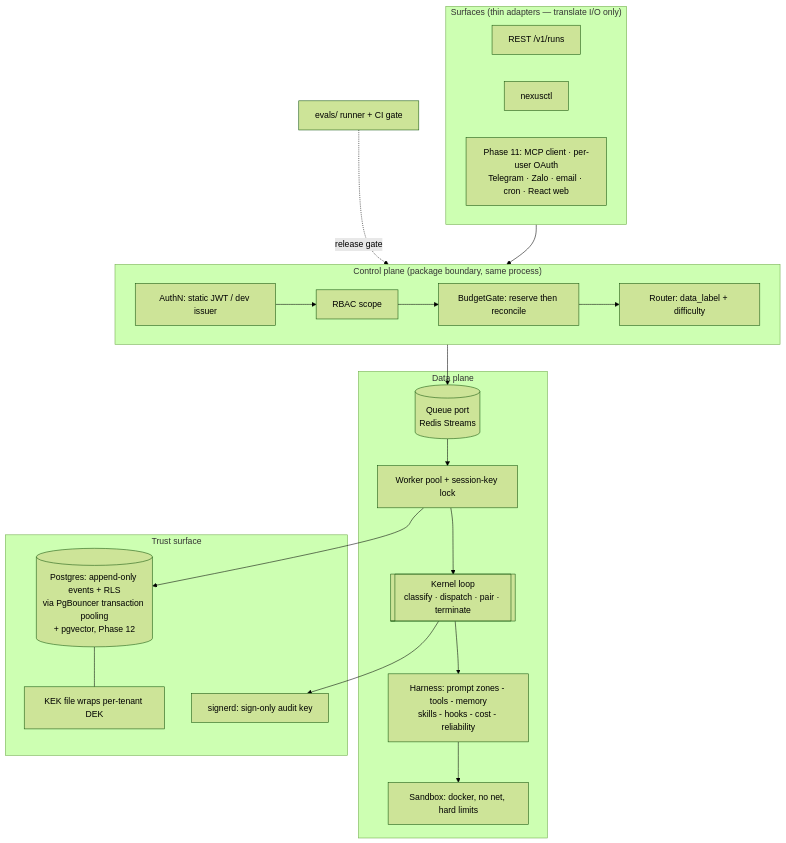
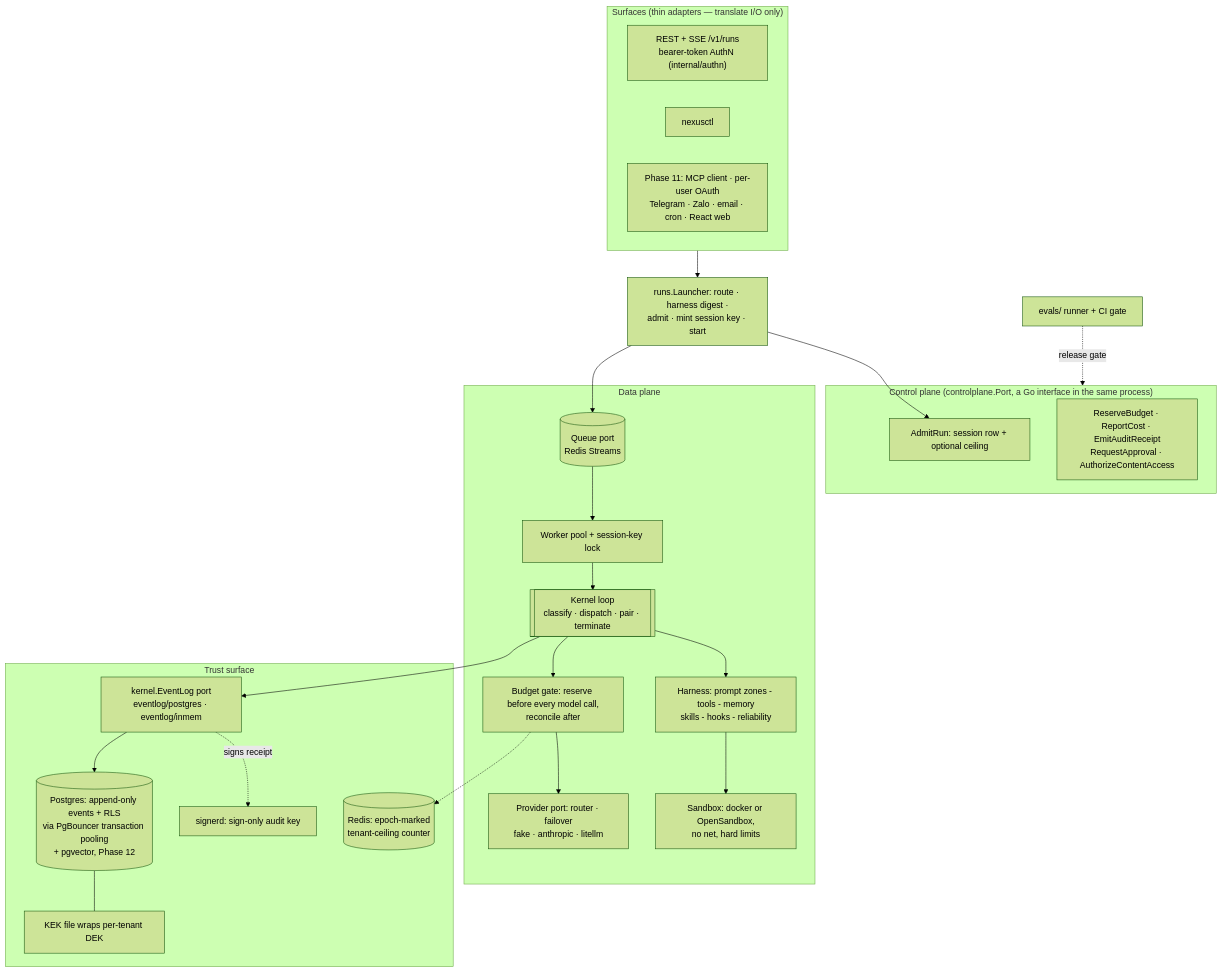
Before and after one commit to truongpx396/nexus-agent-demo: the diagram in README.md, drawn with Mermaid (forest theme). The commit also changed other lines of this file, not shown here.

Commit message:
docs(readme): redraw the architecture diagram to match the code
The section 3 diagram predated Phase 19 and the control-plane Port. It showed an
RBAC box that no code implements (oversight/approval.go says there is none), put
the Router in the control plane although controlplane/port.go says routing is a
data-plane decision made before admission, and had no provider node, no
runs.Launcher and no kernel.EventLog port; the kernel and workers appeared to
talk to Postgres and signerd directly.

Now: surfaces -> runs.Launcher -> controlplane.Port (AdmitRun and the rest of the
v1 contract) -> queue -> worker -> kernel; the kernel reaches the budget gate, the
provider port, the harness and, through kernel.EventLog, Postgres, with the audit
receipt signed by signerd. Checked with mermaid's own parser.

````diff
--- a/README.md
+++ b/README.md
@@ -329,35 +329,45 @@
 ```mermaid
 flowchart TB
     subgraph Surfaces["Surfaces (thin adapters — translate I/O only)"]
-        REST[REST /v1/runs]
+        REST["REST + SSE /v1/runs<br/>bearer-token AuthN (internal/authn)"]
         CLI[nexusctl]
         EXT["Phase 11: MCP client · per-user OAuth<br/>Telegram · Zalo · email · cron · React web"]
     end
 
-    subgraph CP["Control plane (package boundary, same process)"]
-        Auth[AuthN: static JWT / dev issuer] --> RBAC[RBAC scope]
-        RBAC --> Budget[BudgetGate: reserve then reconcile]
-        Budget --> Route[Router: data_label + difficulty]
+    LA["runs.Launcher: route · harness digest ·<br/>admit · mint session key · start"]
+
+    subgraph CP["Control plane (controlplane.Port, a Go interface in the same process)"]
+        Adm["AdmitRun: session row + optional ceiling"]
+        Ctl["ReserveBudget · ReportCost · EmitAuditReceipt<br/>RequestApproval · AuthorizeContentAccess"]
     end
 
     subgraph DP["Data plane"]
-        Q[(Queue port<br/>Redis Streams)]
-        W[Worker pool + session-key lock]
-        K[[Kernel loop<br/>classify · dispatch · pair · terminate]]
-        H[Harness: prompt zones - tools - memory<br/>skills - hooks - cost - reliability]
-        SB[Sandbox: docker, no net, hard limits]
+        Q[("Queue port<br/>Redis Streams")]
+        W["Worker pool + session-key lock"]
+        K[["Kernel loop<br/>classify · dispatch · pair · terminate"]]
+        BG["Budget gate: reserve before every model call,<br/>reconcile after"]
+        P["Provider port: router · failover<br/>fake · anthropic · litellm"]
+        H["Harness: prompt zones - tools - memory<br/>skills - hooks - reliability"]
+        SB["Sandbox: docker or OpenSandbox,<br/>no net, hard limits"]
     end
 
     subgraph Trust["Trust surface"]
-        PG[(Postgres: append-only events + RLS<br/>via PgBouncer transaction pooling<br/>+ pgvector, Phase 12)]
-        SD[signerd: sign-only audit key]
-        KEK[KEK file wraps per-tenant DEK]
+        EL["kernel.EventLog port<br/>eventlog/postgres · eventlog/inmem"]
+        PG[("Postgres: append-only events + RLS<br/>via PgBouncer transaction pooling<br/>+ pgvector, Phase 12")]
+        SD["signerd: sign-only audit key"]
+        KEK["KEK file wraps per-tenant DEK"]
+        RC[("Redis: epoch-marked<br/>tenant-ceiling counter")]
     end
 
-    Surfaces --> CP --> Q --> W --> K --> H
-    H --> SB
-    W --> PG
-    K --> SD
+    Surfaces --> LA
+    LA --> Adm
+    LA --> Q
+    Q --> W --> K
+    K --> BG --> P
+    K --> H --> SB
+    BG -.-> RC
+    K --> EL --> PG
+    EL -. signs receipt .-> SD
     PG --- KEK
-    EV[evals/ runner + CI gate] -.release gate.-> CP
+    EV["evals/ runner + CI gate"] -.release gate.-> CP
 ```
````
